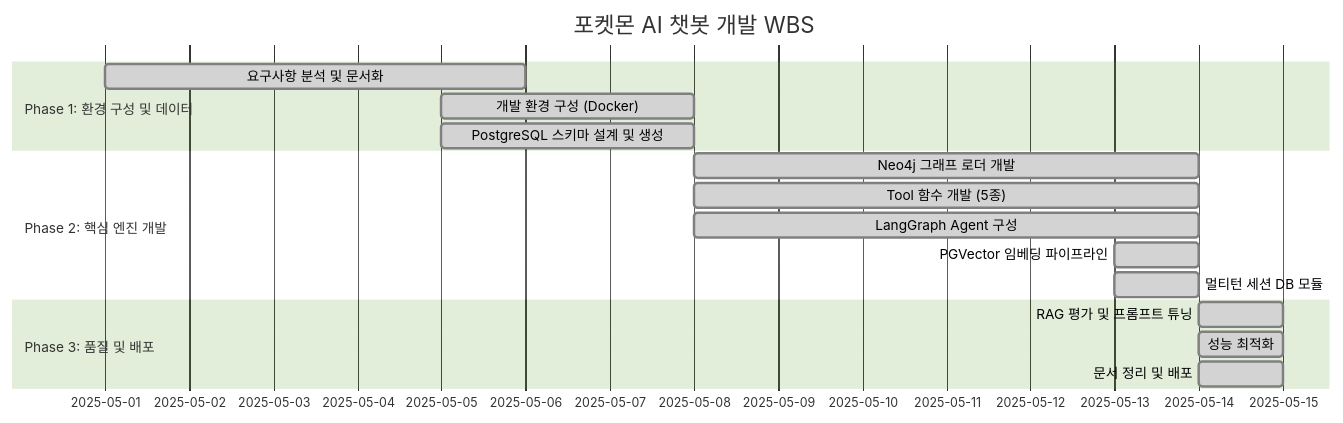
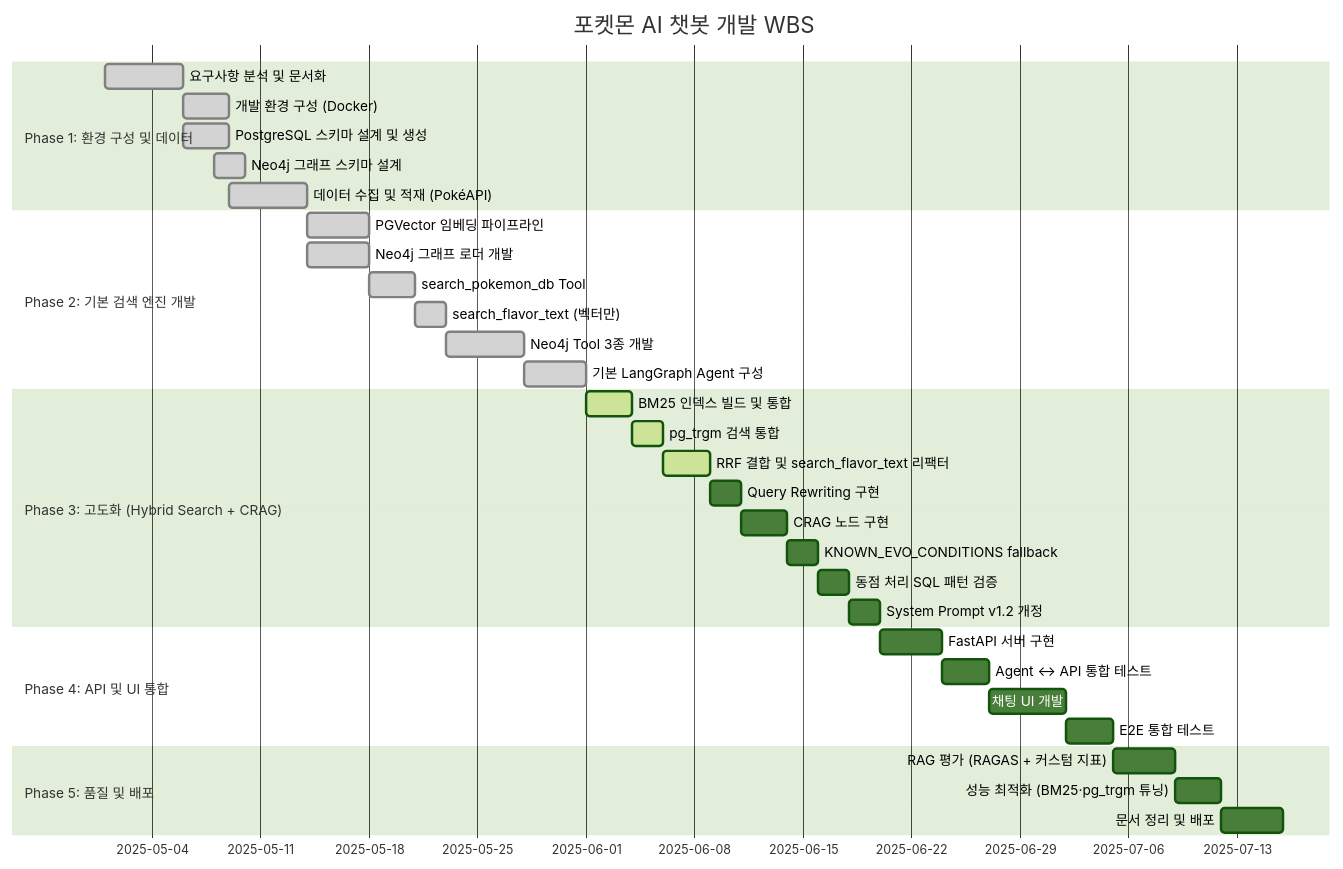
Before and after one commit to SKNETWORKS-FAMILY-AICAMP/SKN27-3rd-3TEAM: the diagram in docs/챗봇/09_WBS.md, drawn with Mermaid (forest theme). The commit also changed other lines of this file and 10 other files, not shown here.

````diff
--- a/docs/챗봇/09_WBS.md
+++ b/docs/챗봇/09_WBS.md
@@ -12,21 +13,40 @@
 ```mermaid
 gantt
     title 포켓몬 AI 챗봇 개발 WBS
     dateFormat  YYYY-MM-DD
     section Phase 1: 환경 구성 및 데이터
         요구사항 분석 및 문서화         :done,    p1-1, 2025-05-01, 5d
-        개발 환경 구성 (Docker)         :done,    p1-2, 2025-05-05, 3d
-        PostgreSQL 스키마 설계 및 생성  :done,    p1-3, 2025-05-05, 3d
+        개발 환경 구성 (Docker)         :done,    p1-2, 2025-05-06, 3d
+        PostgreSQL 스키마 설계 및 생성  :done,    p1-3, 2025-05-06, 3d
+        Neo4j 그래프 스키마 설계        :done,    p1-4, 2025-05-08, 2d
+        데이터 수집 및 적재 (PokéAPI)   :done,    p1-5, 2025-05-09, 5d
 
-    section Phase 2: 핵심 엔진 개발
-        Neo4j 그래프 로더 개발         :done,  p2-2, 2025-05-08, 6d
-        Tool 함수 개발 (5종)           :done,     p2-3, 2025-05-08, 6d
-        LangGraph Agent 구성          :done,        p2-4, 2025-05-08, 6d
-        PGVector 임베딩 파이프라인     :done,  p2-1, 2025-05-13, 1d
-        멀티턴 세션 DB 모듈            :done,p2-5, 2025-05-13, 1d
+    section Phase 2: 기본 검색 엔진 개발
+        PGVector 임베딩 파이프라인     :done,    p2-1, 2025-05-14, 4d
+        Neo4j 그래프 로더 개발         :done,    p2-2, 2025-05-14, 4d
+        search_pokemon_db Tool        :done,    p2-3, 2025-05-18, 3d
+        search_flavor_text (벡터만)    :done,    p2-4, 2025-05-21, 2d
+        Neo4j Tool 3종 개발            :done,    p2-5, 2025-05-23, 5d
+        기본 LangGraph Agent 구성      :done,    p2-6, 2025-05-28, 4d
 
-    section Phase 3: 품질 및 배포
-        RAG 평가 및 프롬프트 튜닝       :done,         p4-1, 2025-05-14, 1d
-        성능 최적화                    :done,         p4-2, 2025-05-14, 1d
-        문서 정리 및 배포              :done,         p4-3, 2025-05-14, 1d
+    section Phase 3: 고도화 (Hybrid Search + CRAG)
+        BM25 인덱스 빌드 및 통합       :active,  p3-1, 2025-06-01, 3d
+        pg_trgm 검색 통합              :active,  p3-2, 2025-06-04, 2d
+        RRF 결합 및 search_flavor_text 리팩터 :active, p3-3, 2025-06-06, 3d
+        Query Rewriting 구현          :         p3-4, 2025-06-09, 2d
+        CRAG 노드 구현                :         p3-5, 2025-06-11, 3d
+        KNOWN_EVO_CONDITIONS fallback :         p3-6, 2025-06-14, 2d
+        동점 처리 SQL 패턴 검증        :         p3-7, 2025-06-16, 2d
+        System Prompt v1.2 개정       :         p3-8, 2025-06-18, 2d
+
+    section Phase 4: API 및 UI 통합
+        FastAPI 서버 구현              :         p4-1, 2025-06-20, 4d
+        Agent ↔ API 통합 테스트        :         p4-2, 2025-06-24, 3d
+        채팅 UI 개발                   :         p4-3, 2025-06-27, 5d
+        E2E 통합 테스트                :         p4-4, 2025-07-02, 3d
+
+    section Phase 5: 품질 및 배포
+        RAG 평가 (RAGAS + 커스텀 지표) :         p5-1, 2025-07-05, 4d
+        성능 최적화 (BM25·pg_trgm 튜닝):         p5-2, 2025-07-09, 3d
+        문서 정리 및 배포              :         p5-3, 2025-07-12, 4d
 ```
````
